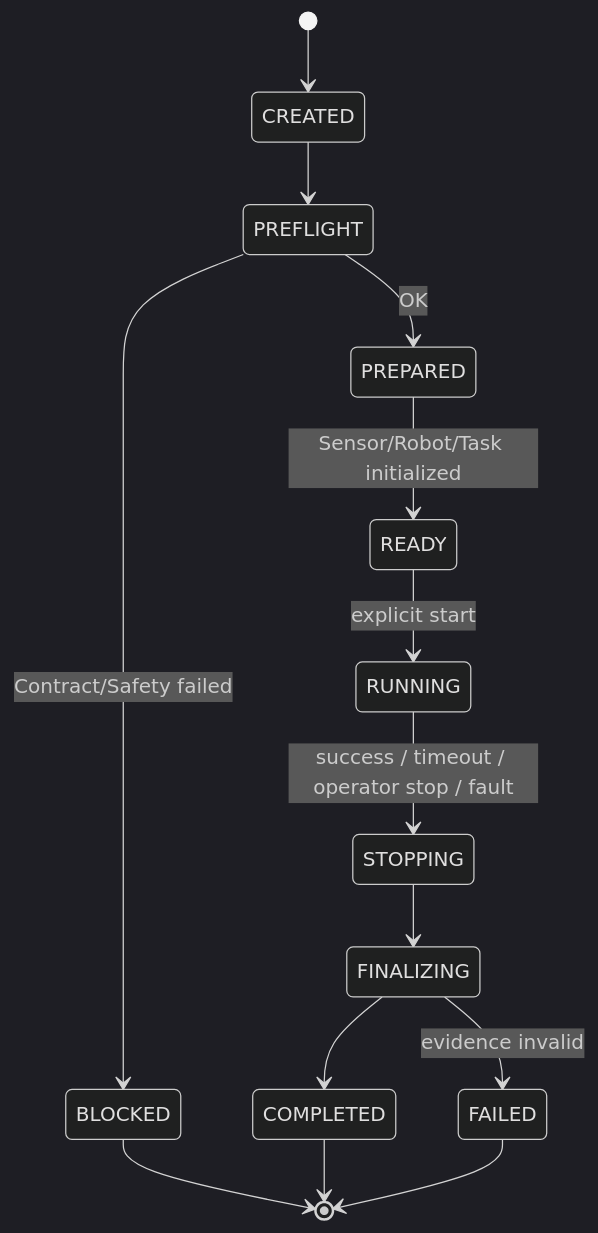
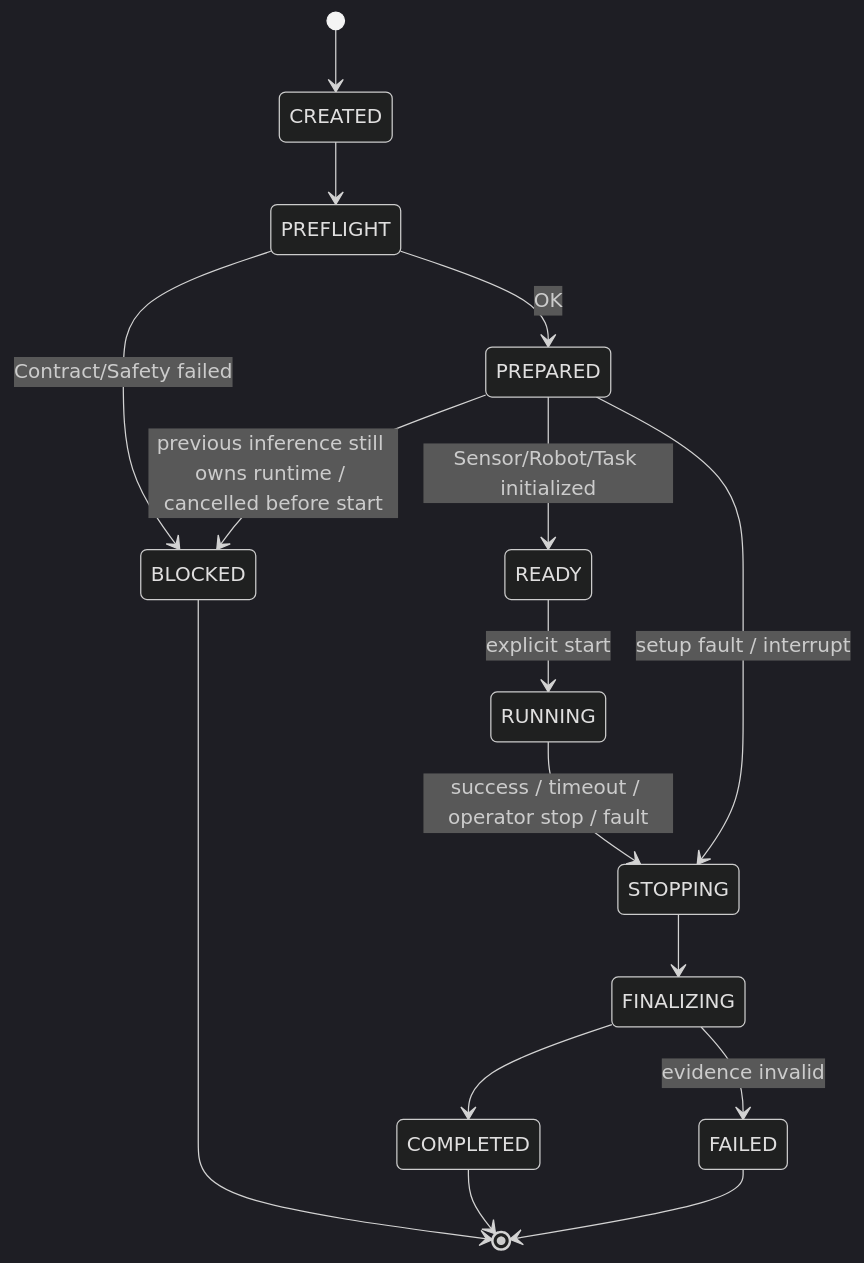
Before and after one commit to robot-feng/XPolicyLab: the third of 4 diagrams in XPolicyLab_Unified_v4_Architecture_Blueprint.md, drawn with Mermaid (dark theme). The commit also changed other lines of this file and 21 other files, not shown here.

````diff
--- a/XPolicyLab_Unified_v4_Architecture_Blueprint.md
+++ b/XPolicyLab_Unified_v4_Architecture_Blueprint.md
@@ -637,16 +639,18 @@
 ```mermaid
 stateDiagram-v2
     [*] --> CREATED
     CREATED --> PREFLIGHT
     PREFLIGHT --> BLOCKED: Contract/Safety failed
     PREFLIGHT --> PREPARED: OK
     PREPARED --> READY: Sensor/Robot/Task initialized
+    PREPARED --> BLOCKED: previous inference still owns runtime / cancelled before start
     READY --> RUNNING: explicit start
     RUNNING --> STOPPING: success / timeout / operator stop / fault
+    PREPARED --> STOPPING: setup fault / interrupt
     STOPPING --> FINALIZING
     FINALIZING --> COMPLETED
     FINALIZING --> FAILED: evidence invalid
     BLOCKED --> [*]
     COMPLETED --> [*]
     FAILED --> [*]
 ```
````
